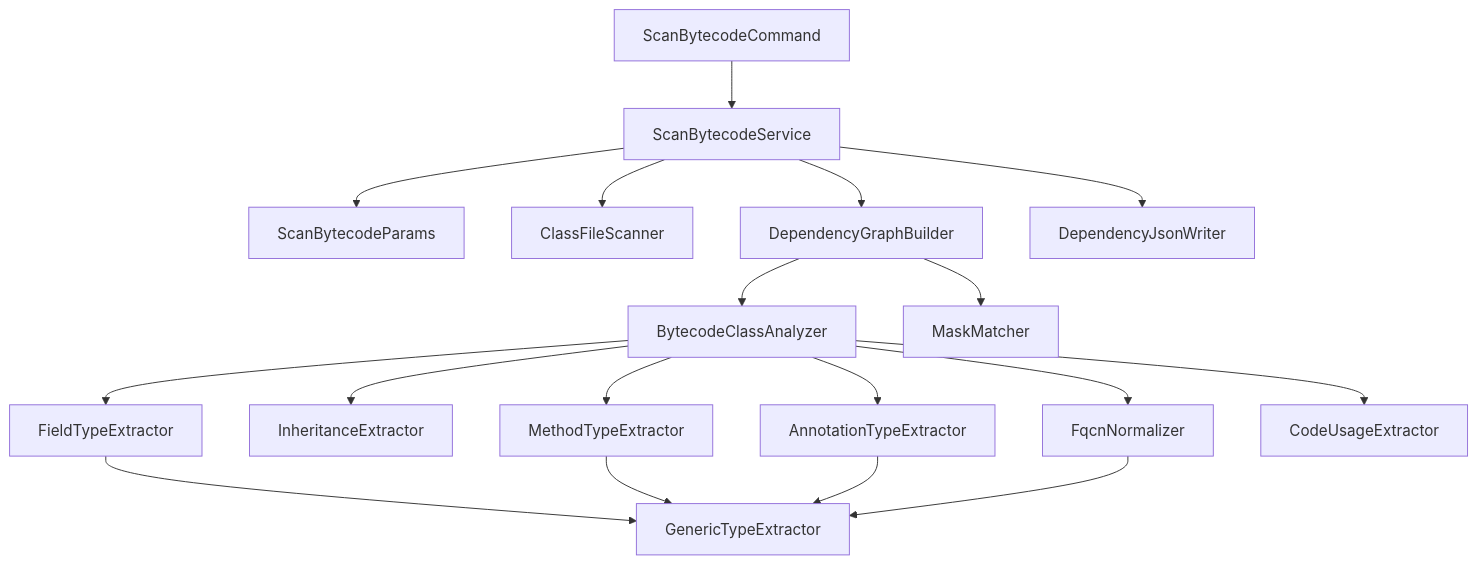
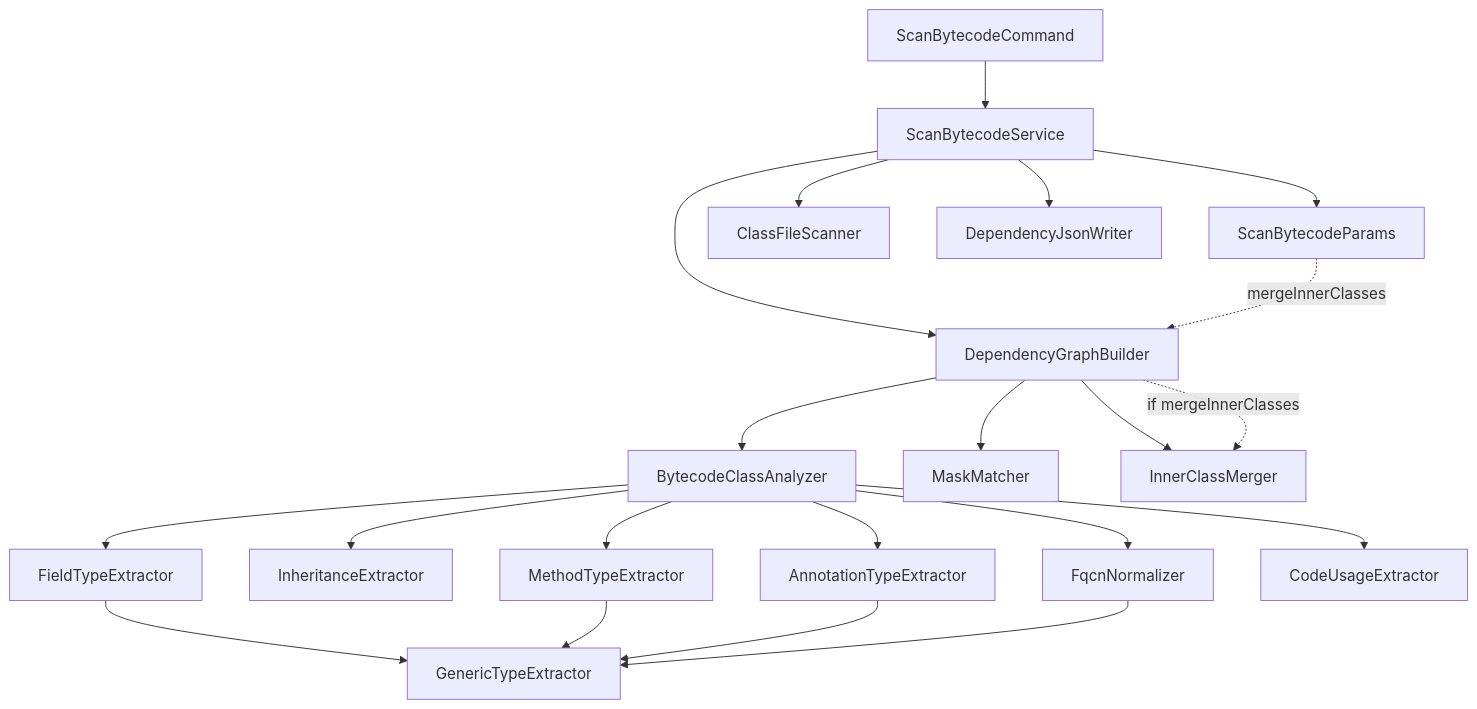
Before and after one commit to Lezhik/SpringTwin: the diagram in tasks/01-scan-bytecode.md, drawn with Mermaid. The commit also changed other lines of this file and 24 other files, not shown here.

Commit message:
Merge inner classes tasks

````diff
--- a/tasks/01-scan-bytecode.md
+++ b/tasks/01-scan-bytecode.md
@@ -24,20 +24,23 @@
 ```mermaid
 graph TD
     CLI[ScanBytecodeCommand] --> SVC[ScanBytecodeService]
     SVC --> PARAMS[ScanBytecodeParams]
     SVC --> SCANNER[ClassFileScanner]
     SVC --> BUILDER[DependencyGraphBuilder]
     SVC --> WRITER[DependencyJsonWriter]
     BUILDER --> ANALYZER[BytecodeClassAnalyzer]
     BUILDER --> MATCHER[MaskMatcher]
+    BUILDER --> MERGER[InnerClassMerger]
     ANALYZER --> NORM[FqcnNormalizer]
     ANALYZER --> INH[InheritanceExtractor]
     ANALYZER --> FIELD[FieldTypeExtractor]
     ANALYZER --> METHOD[MethodTypeExtractor]
     ANALYZER --> ANN[AnnotationTypeExtractor]
     ANALYZER --> CODE[CodeUsageExtractor]
     FIELD --> GEN[GenericTypeExtractor]
     METHOD --> GEN
     ANN --> GEN
     NORM --> GEN
+    PARAMS -.-> |mergeInnerClasses| BUILDER
+    BUILDER -.-> |if mergeInnerClasses| MERGER
 ```
````
